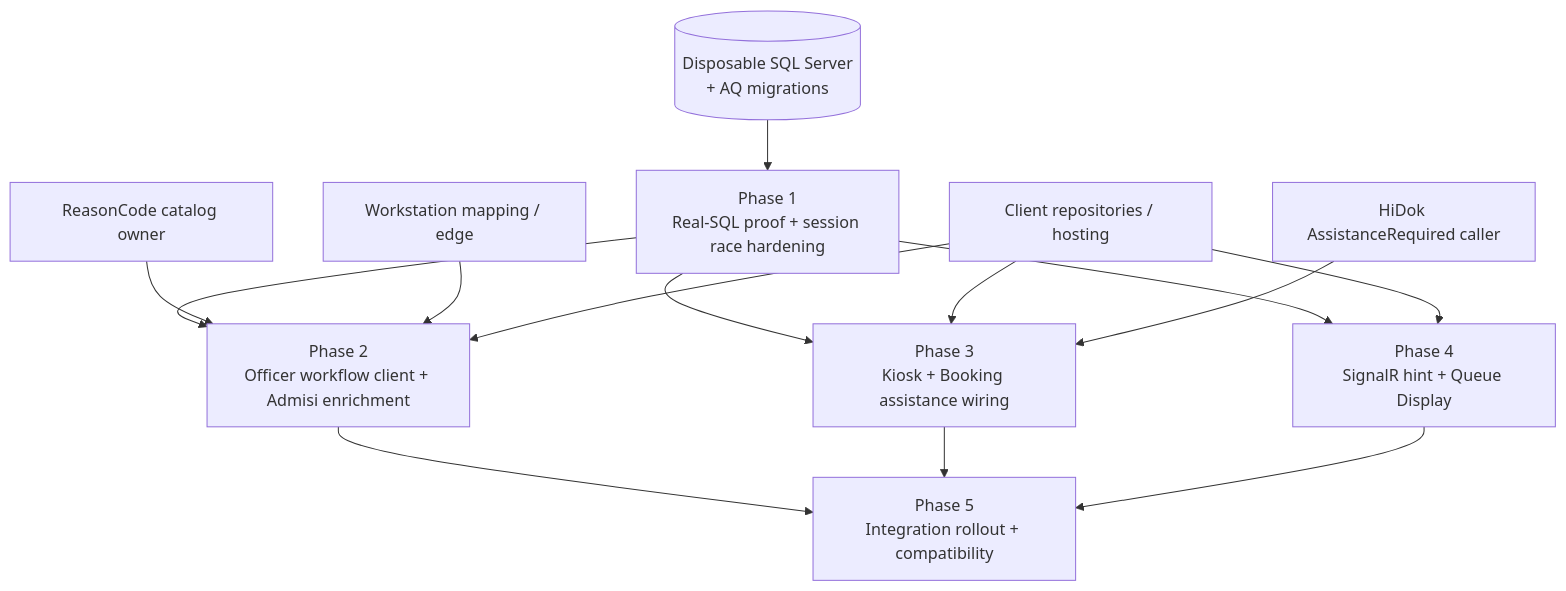
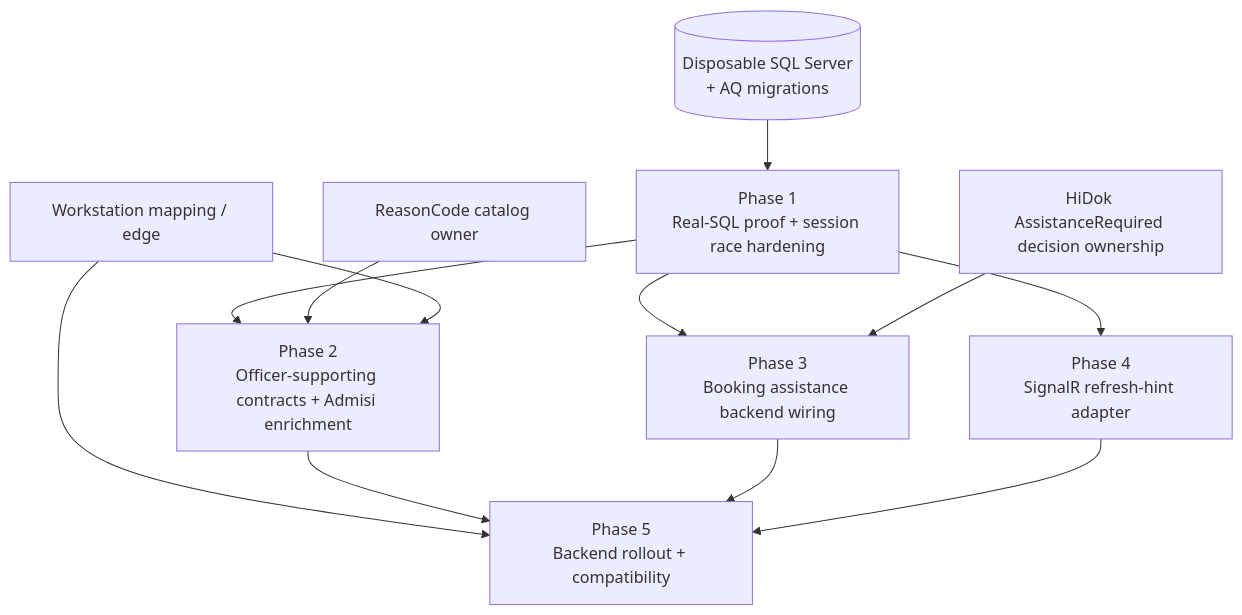
Before and after one commit to smart-ics/b09-bilreg-api: the diagram in docs/contexts/pasien-tracker/TRACKER-ADMISSION-QUEUE-IMPLEMENTATION-PLAN.md, drawn with Mermaid. The commit also changed other lines of this file and 9 other files, not shown here.

First line of the commit message:
Prove Admission Queue Phase 1 on disposable SQL and harden daily-session races.

````diff
--- a/docs/contexts/pasien-tracker/TRACKER-ADMISSION-QUEUE-IMPLEMENTATION-PLAN.md
+++ b/docs/contexts/pasien-tracker/TRACKER-ADMISSION-QUEUE-IMPLEMENTATION-PLAN.md
@@ -188,28 +193,25 @@
 ```mermaid
 flowchart TD
   P1[Phase 1<br/>Real-SQL proof + session race hardening]
-  P2[Phase 2<br/>Officer workflow client + Admisi enrichment]
-  P3[Phase 3<br/>Kiosk + Booking assistance wiring]
-  P4[Phase 4<br/>SignalR hint + Queue Display]
-  P5[Phase 5<br/>Integration rollout + compatibility]
+  P2[Phase 2<br/>Officer-supporting contracts + Admisi enrichment]
+  P3[Phase 3<br/>Booking assistance backend wiring]
+  P4[Phase 4<br/>SignalR refresh-hint adapter]
+  P5[Phase 5<br/>Backend rollout + compatibility]
 
   EXT_SQL[(Disposable SQL Server<br/>+ AQ migrations)]
   EXT_REASON[ReasonCode catalog owner]
   EXT_WS[Workstation mapping / edge]
-  EXT_HIDOK[HiDok AssistanceRequired caller]
-  EXT_CLIENT[Client repositories / hosting]
+  EXT_HIDOK[HiDok AssistanceRequired decision ownership]
 
   EXT_SQL --> P1
   P1 --> P2
   P1 --> P3
   P1 --> P4
   EXT_REASON --> P2
   EXT_WS --> P2
-  EXT_CLIENT --> P2
-  EXT_CLIENT --> P3
   EXT_HIDOK --> P3
-  EXT_CLIENT --> P4
+  EXT_WS --> P5
   P2 --> P5
   P3 --> P5
   P4 --> P5
 ```
````
